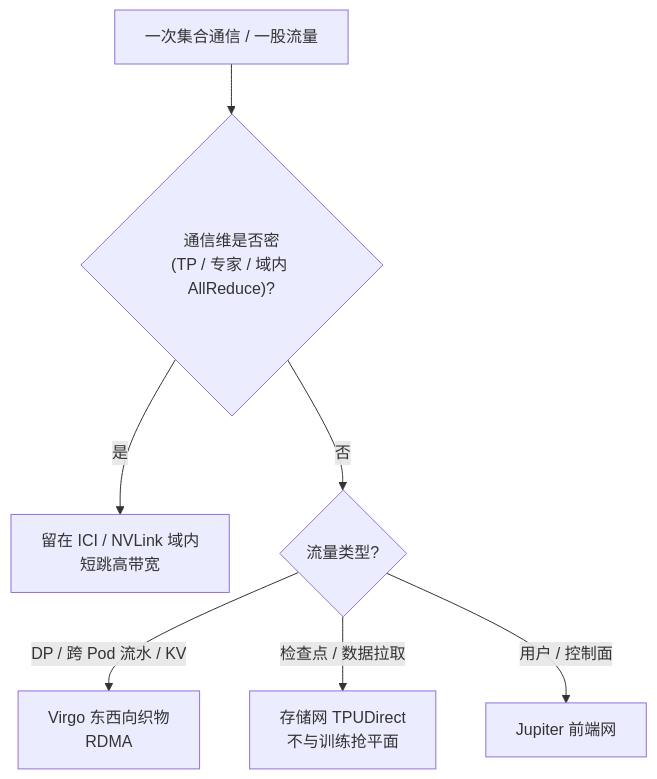
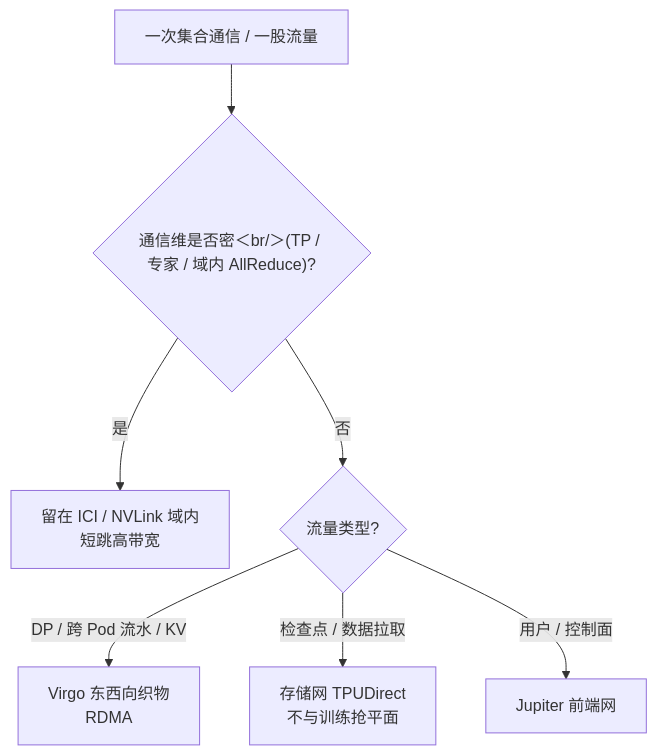
Before and after one commit to xhongduo-tech/xhongduo-tech.github.io: the second of 2 diagrams in docs/llm/virgo-ici.md, drawn with Mermaid. The commit also changed 291 other files, not shown here.

Commit message:
Normalize lesson titles to tree names and repair mermaid arrow/quote syntax site-wide.

````diff
--- a/docs/llm/virgo-ici.md
+++ b/docs/llm/virgo-ici.md
@@ -61,9 +61,9 @@
 ```mermaid
 flowchart TD
-  OP["一次集合通信 / 一股流量"] --> Q1{"通信维是否密<br/>(TP / 专家 / 域内 AllReduce)?"}
+  OP["一次集合通信 / 一股流量"] --> Q1{"通信维是否密＜br/＞(TP / 专家 / 域内 AllReduce)?"}
   Q1 -->|"是"| ICI["留在 ICI / NVLink 域内<br/>短跳高带宽"]
   Q1 -->|"否"| Q2{"流量类型?"}
   Q2 -->|"DP / 跨 Pod 流水 / KV"| VG["Virgo 东西向织物<br/>RDMA"]
   Q2 -->|"检查点 / 数据拉取"| ST["存储网 TPUDirect<br/>不与训练抢平面"]
   Q2 -->|"用户 / 控制面"| FE["Jupiter 前端网"]
 ```
````
